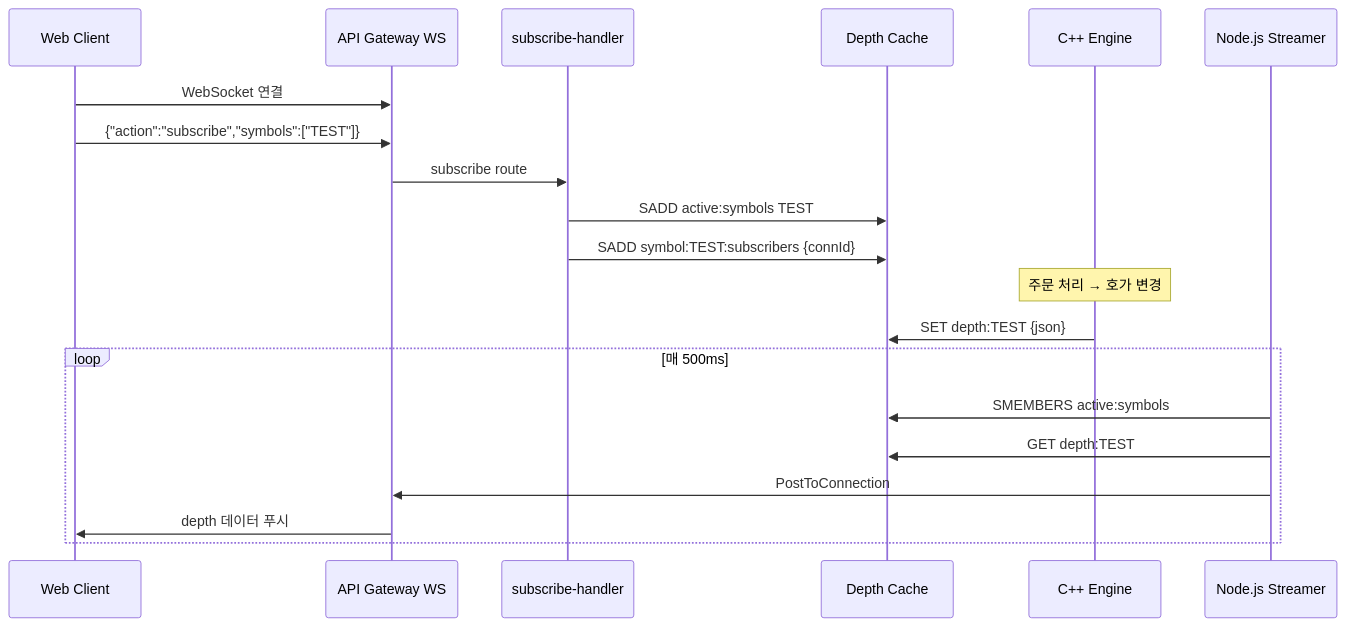
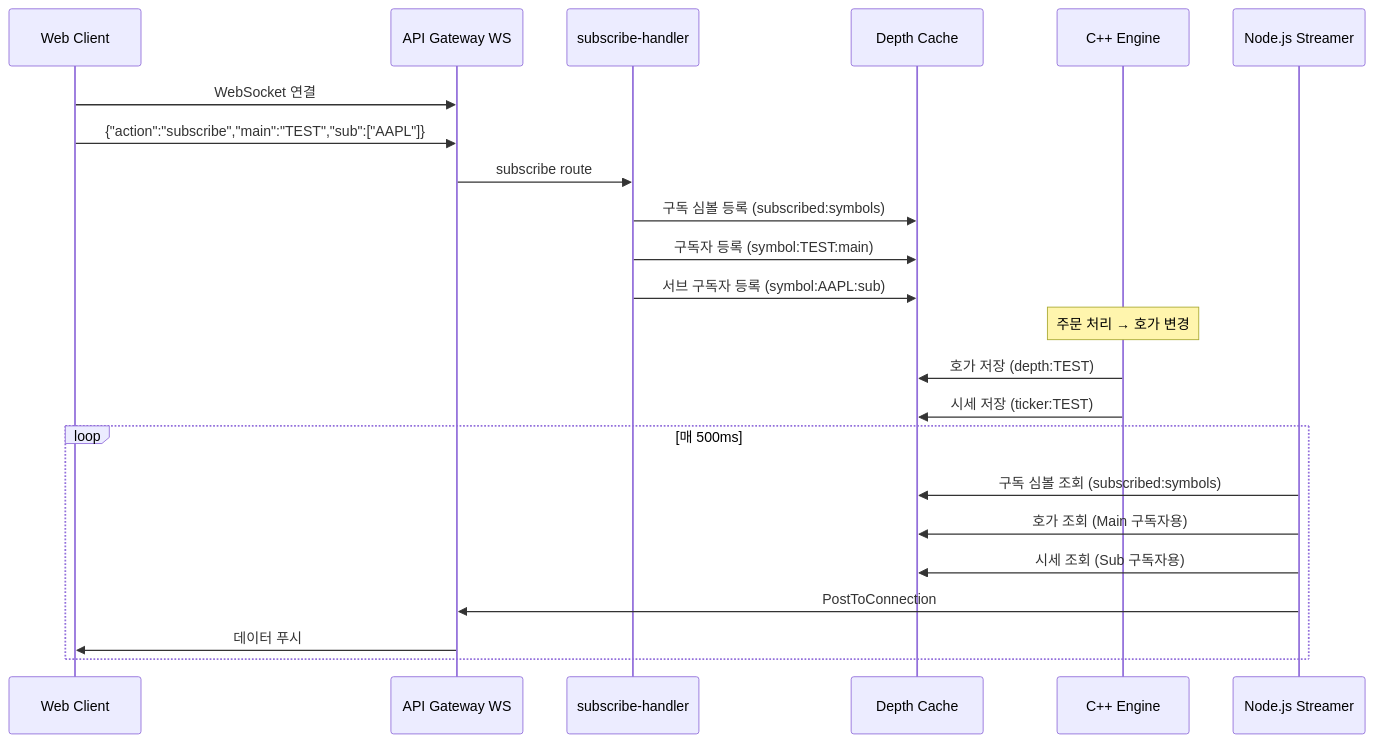
Before and after one commit to Ustock-Organization/liquibook: the second of 3 diagrams in AWS_ARCHITECTURE.md, drawn with Mermaid. The commit also changed other lines of this file and 37 other files, not shown here.

````diff
--- a/AWS_ARCHITECTURE.md
+++ b/AWS_ARCHITECTURE.md
@@ -77,25 +86,28 @@
 ```mermaid
 sequenceDiagram
     participant Client as Web Client
     participant APIG as API Gateway WS
     participant Subscribe as subscribe-handler
     participant Valkey as Depth Cache
     participant Engine as C++ Engine
     participant Streamer as Node.js Streamer
 
     Client->>APIG: WebSocket 연결
-    Client->>APIG: {"action":"subscribe","symbols":["TEST"]}
+    Client->>APIG: {"action":"subscribe","main":"TEST","sub":["AAPL"]}
     APIG->>Subscribe: subscribe route
-    Subscribe->>Valkey: SADD active:symbols TEST
-    Subscribe->>Valkey: SADD symbol:TEST:subscribers {connId}
+    Subscribe->>Valkey: 구독 심볼 등록 (subscribed:symbols)
+    Subscribe->>Valkey: 구독자 등록 (symbol:TEST:main)
+    Subscribe->>Valkey: 서브 구독자 등록 (symbol:AAPL:sub)
     
     Note over Engine: 주문 처리 → 호가 변경
-    Engine->>Valkey: SET depth:TEST {json}
+    Engine->>Valkey: 호가 저장 (depth:TEST)
+    Engine->>Valkey: 시세 저장 (ticker:TEST)
     
     loop 매 500ms
-        Streamer->>Valkey: SMEMBERS active:symbols
-        Streamer->>Valkey: GET depth:TEST
+        Streamer->>Valkey: 구독 심볼 조회 (subscribed:symbols)
+        Streamer->>Valkey: 호가 조회 (Main 구독자용)
+        Streamer->>Valkey: 시세 조회 (Sub 구독자용)
         Streamer->>APIG: PostToConnection
-        APIG->>Client: depth 데이터 푸시
+        APIG->>Client: 데이터 푸시
     end
 ```
````
